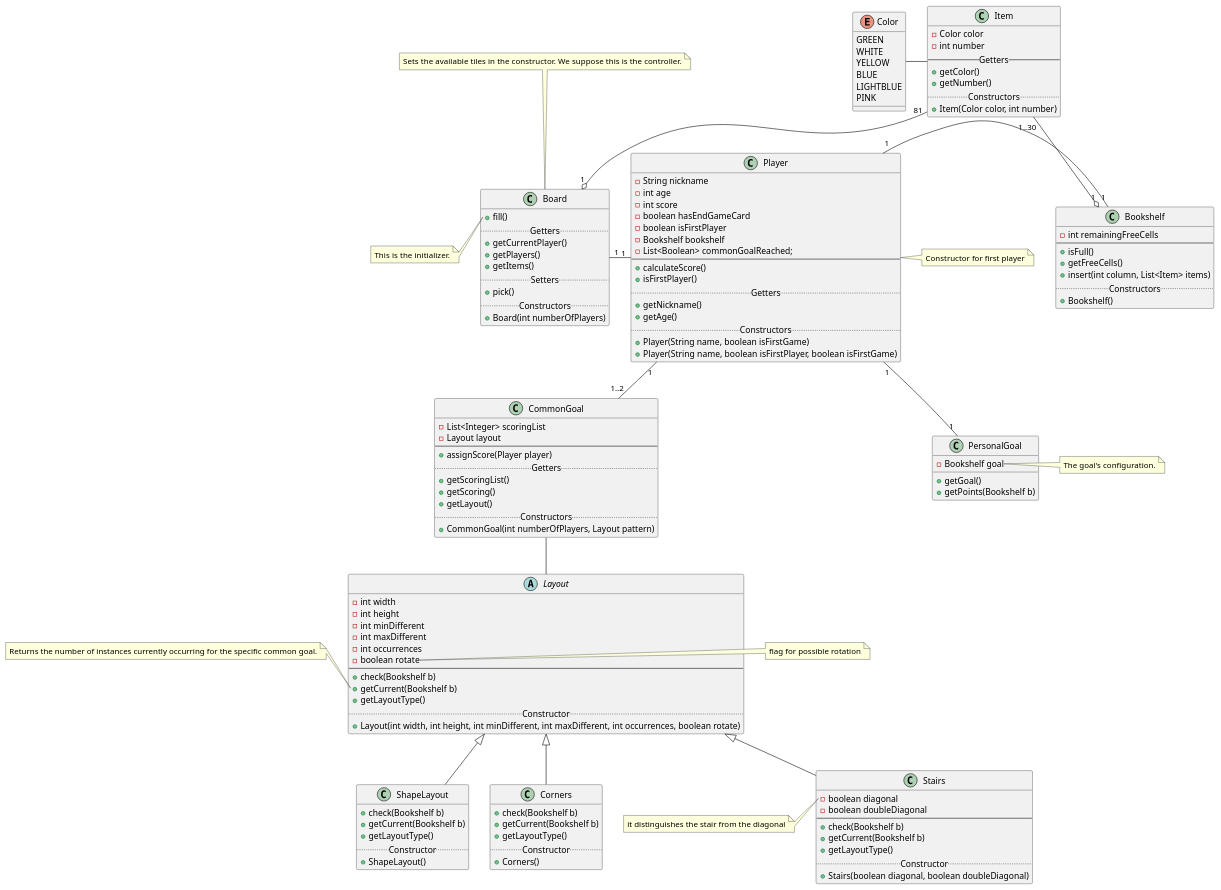
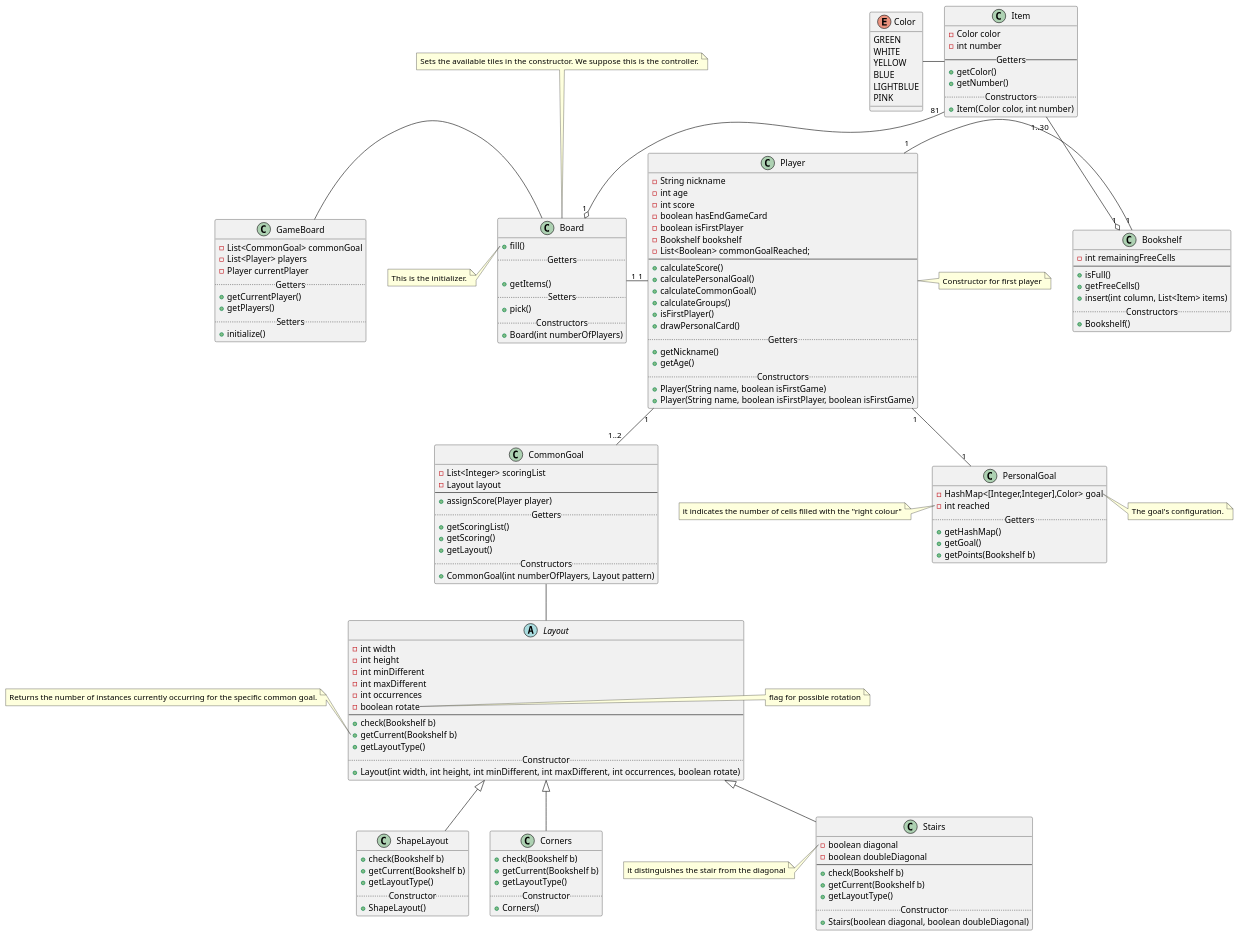
One commit to dltmtt/IS23-AM13 changed the diagram in docs/Initial class diagram.puml. Above: the diagram before and after it, drawn with PlantUML.

Commit message:
Changes by Simone

```diff
--- a/docs/Initial class diagram.puml
+++ b/docs/Initial class diagram.puml
@@ -1,178 +1,197 @@
 @startuml
 'The controller will receiver the move command from the client and
 'will call remove and insert on the board and the bookshelf.
 'The link Board-Player is a static list.
 'The reference to CommonGoal (a list of 1 or 2 elements) is static.
 'The checks, like Bookshelf's checkComplete, go in the client.
 'Consider aggregating the layouts (with parameters).
 '[] Add a method setNickname (in Player?).
 '[] Convert Bookshelf goal in a hashMap.
 '[] Add a method drawCards.
 '[] Add (somewhere) a check for the insertion in the bookshelf of the selection.
 '[] Check when the board has to be refilled.
 
 
 
 class Board
 note top: Sets the available tiles in the constructor. We suppose this is the controller.
 Player "1" -- "1..2" CommonGoal
 Player "1" -- "1" PersonalGoal
 Player "1" - "1" Bookshelf
 Board "1" - "1" Player
 Item "81" --o "1" Board
 Item "1..30" --o "1" Bookshelf
 Color - Item
 CommonGoal -- Layout
+GameBoard - Board
 
 class Item {
     -Color color
     -int number
     -- Getters --
     +getColor()
     +getNumber()
     .. Constructors ..
     +Item(Color color, int number)
 }
 
 class PersonalGoal {
-    -Bookshelf goal
+    -HashMap<[Integer,Integer],Color> goal
+    -int reached
+    ..Getters..
+    +getHashMap()
     +getGoal()
     +getPoints(Bookshelf b)
 }
 
 note left of PersonalGoal::reached
     it indicates the number of cells filled with the "right colour"
 end note
 
 note right of PersonalGoal::goal
     The goal's configuration.
 end note
 
 class Player {
     -String nickname
     -int age
     -int score
     -boolean hasEndGameCard
     -boolean isFirstPlayer
     -Bookshelf bookshelf
     -List<Boolean> commonGoalReached;
     --
     +calculateScore()
+    +calculatePersonalGoal()
+    +calculateCommonGoal()
+    +calculateGroups()
     +isFirstPlayer()
+    +drawPersonalCard()
     .. Getters ..
     +getNickname()
     +getAge()
     .. Constructors ..
     +Player(String name, boolean isFirstGame)
     +Player(String name, boolean isFirstPlayer, boolean isFirstGame)
 }
 
 note right of Player
     Constructor for first player
 end note
 
+class GameBoard {
+    -List<CommonGoal> commonGoal
+    -List<Player> players
+    -Player currentPlayer
+    ..Getters..
+    +getCurrentPlayer()
+    +getPlayers()
+    ..Setters..
+    +initialize()
+}
+
+
 class Board {
     +fill()
     .. Getters ..
-    +getCurrentPlayer()
-    +getPlayers()
+
     +getItems()
     .. Setters ..
     +pick()
     .. Constructors ..
     +Board(int numberOfPlayers)
 }
 
 note left of Board::fill
     This is the initializer.
 end note
 
 class CommonGoal {
     -List<Integer> scoringList
     -Layout layout
     ---
     +assignScore(Player player)
     .. Getters ..
     +getScoringList()
     +getScoring()
     +getLayout()
     .. Constructors ..
     +CommonGoal(int numberOfPlayers, Layout pattern)
 }
 
 enum Color {
     GREEN
     WHITE
     YELLOW
     BLUE
     LIGHTBLUE
     PINK
 }
 
 class Bookshelf {
     -int remainingFreeCells
     ---
     +isFull()
     +getFreeCells()
     +insert(int column, List<Item> items)
     ..Constructors..
     +Bookshelf()
 }
 
 abstract Layout {
     -int width
     -int height
     -int minDifferent
     -int maxDifferent
     -int occurrences
     -boolean rotate
     ---
     +check(Bookshelf b)
     +getCurrent(Bookshelf b)
     +getLayoutType()
     ..Constructor..
     +Layout(int width, int height, int minDifferent, int maxDifferent, int occurrences, boolean rotate)
 }
 
 note right of Layout::rotate
     flag for possible rotation
 end note
 
 note left of Layout::getCurrent
     Returns the number of instances currently occurring for the specific common goal.
 end note
 
 class ShapeLayout extends Layout{
     +check(Bookshelf b)
     +getCurrent(Bookshelf b)
     +getLayoutType()
     ..Constructor..
     +ShapeLayout()
 }
 
 class Stairs extends Layout{
     -boolean diagonal
     -boolean doubleDiagonal
     ---
     +check(Bookshelf b)
         +getCurrent(Bookshelf b)
         +getLayoutType()
     ....Constructor....
     +Stairs(boolean diagonal, boolean doubleDiagonal)
 }
 
 note left of Stairs::diagonal
     it distinguishes the stair from the diagonal
 end note
 
 class Corners extends Layout{
     +check(Bookshelf b)
     +getCurrent(Bookshelf b)
     +getLayoutType()
     ..Constructor..
     +Corners()
 }
 
 
 
 @enduml
```
